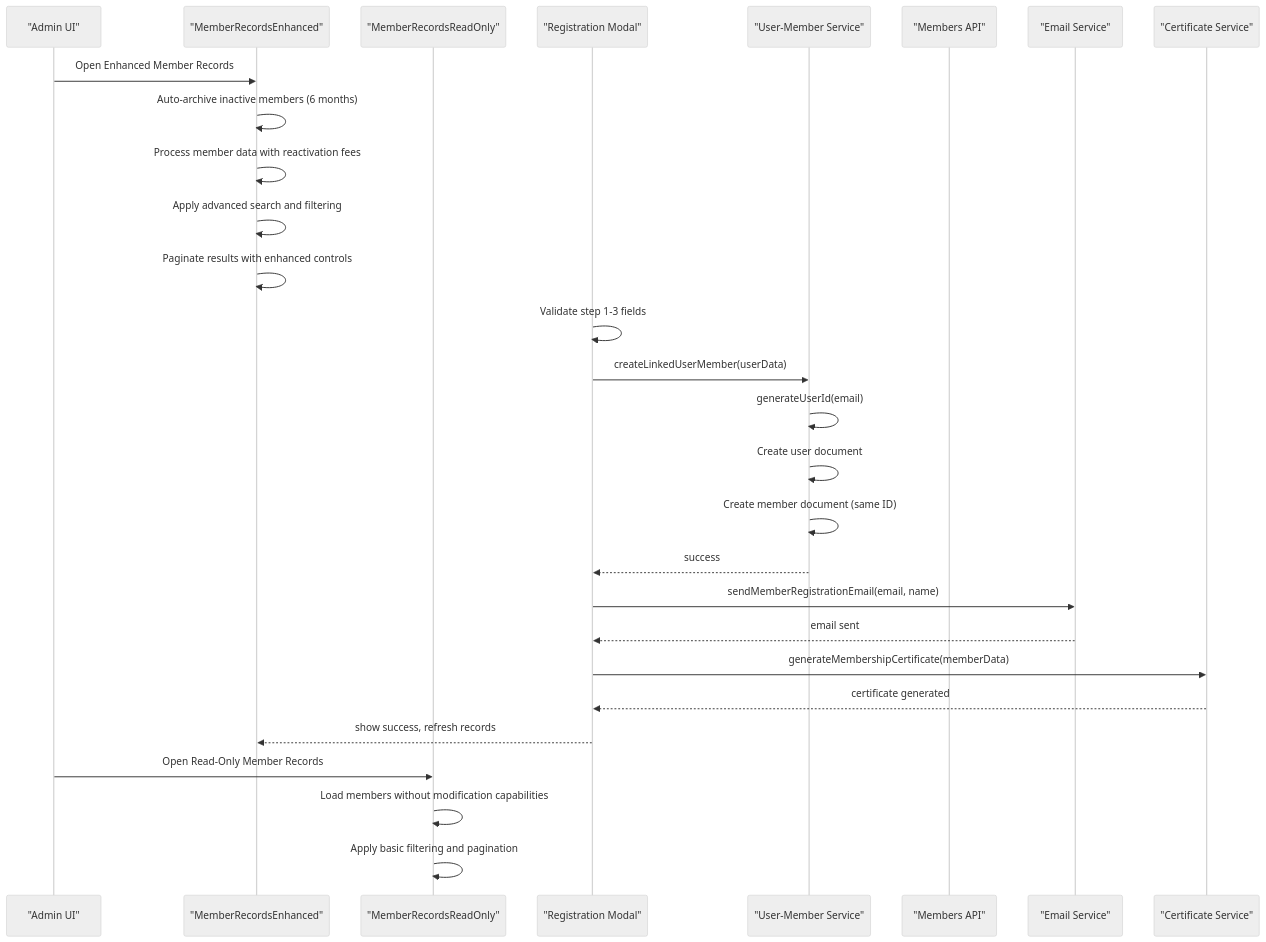
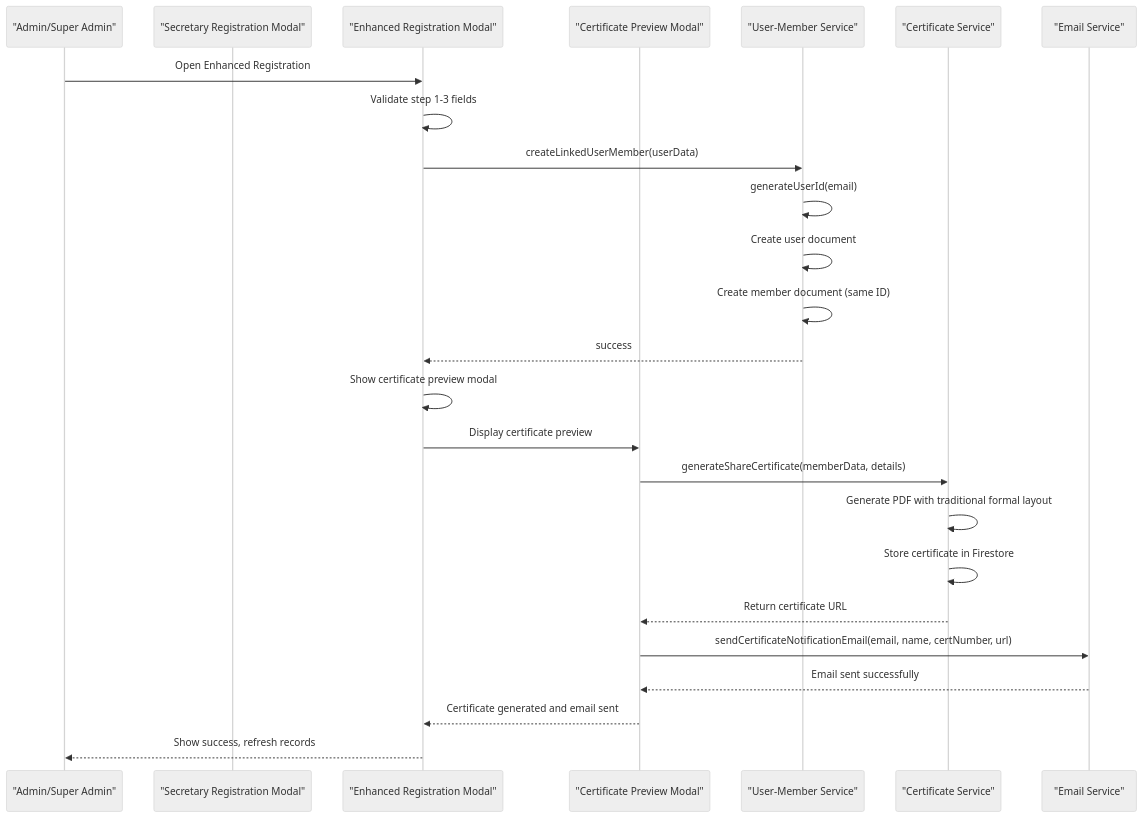
One commit to Unsure-bry/sampacoop_system changed the second of 9 diagrams in .qoder/repowiki/en/content/Member Management System/Member Management System.md. Above: the diagram before and after it, drawn with Mermaid (neutral theme). The commit also changed other lines of this file and 24 other files, not shown here.

````diff
--- a/.qoder/repowiki/en/content/Member Management System/Member Management System.md
+++ b/.qoder/repowiki/en/content/Member Management System/Member Management System.md
@@ -174,30 +197,27 @@
 ```mermaid
 sequenceDiagram
-participant Admin as "Admin UI"
-participant MR3 as "MemberRecordsEnhanced"
-participant MR4 as "MemberRecordsReadOnly"
-participant Reg as "Registration Modal"
+participant Admin as "Admin/Super Admin"
+participant SMR as "Secretary Registration Modal"
+participant MR as "Enhanced Registration Modal"
+participant CPM as "Certificate Preview Modal"
 participant UMS as "User-Member Service"
-participant API as "Members API"
+participant CS as "Certificate Service"
 participant ES as "Email Service"
-participant CS as "Certificate Service"
-Admin->>MR3 : Open Enhanced Member Records
-MR3->>MR3 : Auto-archive inactive members (6 months)
-MR3->>MR3 : Process member data with reactivation fees
-MR3->>MR3 : Apply advanced search and filtering
-MR3->>MR3 : Paginate results with enhanced controls
-Reg->>Reg : Validate step 1-3 fields
-Reg->>UMS : createLinkedUserMember(userData)
+Admin->>MR : Open Enhanced Registration
+MR->>MR : Validate step 1-3 fields
+MR->>UMS : createLinkedUserMember(userData)
 UMS->>UMS : generateUserId(email)
 UMS->>UMS : Create user document
 UMS->>UMS : Create member document (same ID)
-UMS-->>Reg : success
-Reg->>ES : sendMemberRegistrationEmail(email, name)
-ES-->>Reg : email sent
-Reg->>CS : generateMembershipCertificate(memberData)
-CS-->>Reg : certificate generated
-Reg-->>MR3 : show success, refresh records
-Admin->>MR4 : Open Read-Only Member Records
-MR4->>MR4 : Load members without modification capabilities
-MR4->>MR4 : Apply basic filtering and pagination
+UMS-->>MR : success
+MR->>MR : Show certificate preview modal
+MR->>CPM : Display certificate preview
+CPM->>CS : generateShareCertificate(memberData, details)
+CS->>CS : Generate PDF with traditional formal layout
+CS->>CS : Store certificate in Firestore
+CS-->>CPM : Return certificate URL
+CPM->>ES : sendCertificateNotificationEmail(email, name, certNumber, url)
+ES-->>CPM : Email sent successfully
+CPM-->>MR : Certificate generated and email sent
+MR-->>Admin : Show success, refresh records
 ```
````
